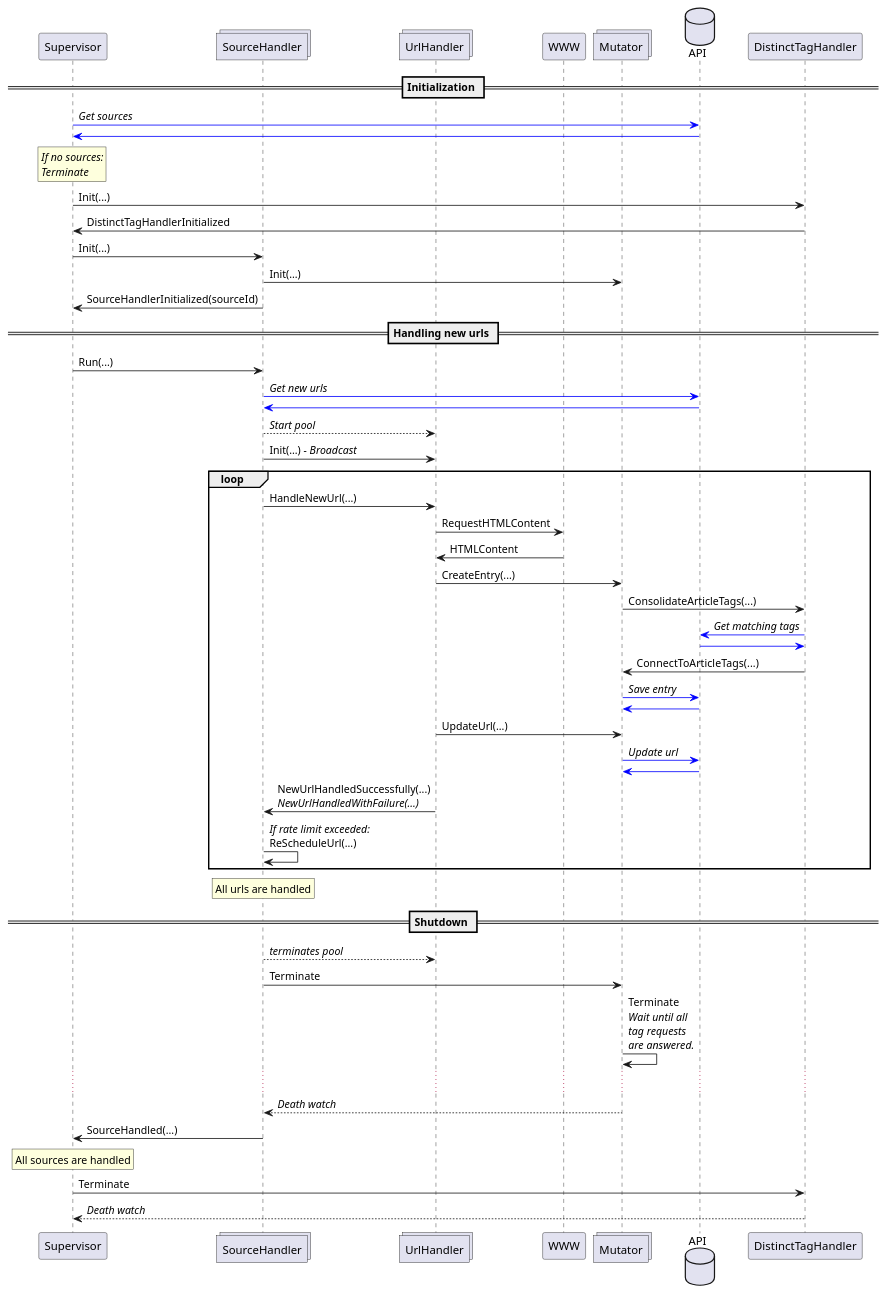
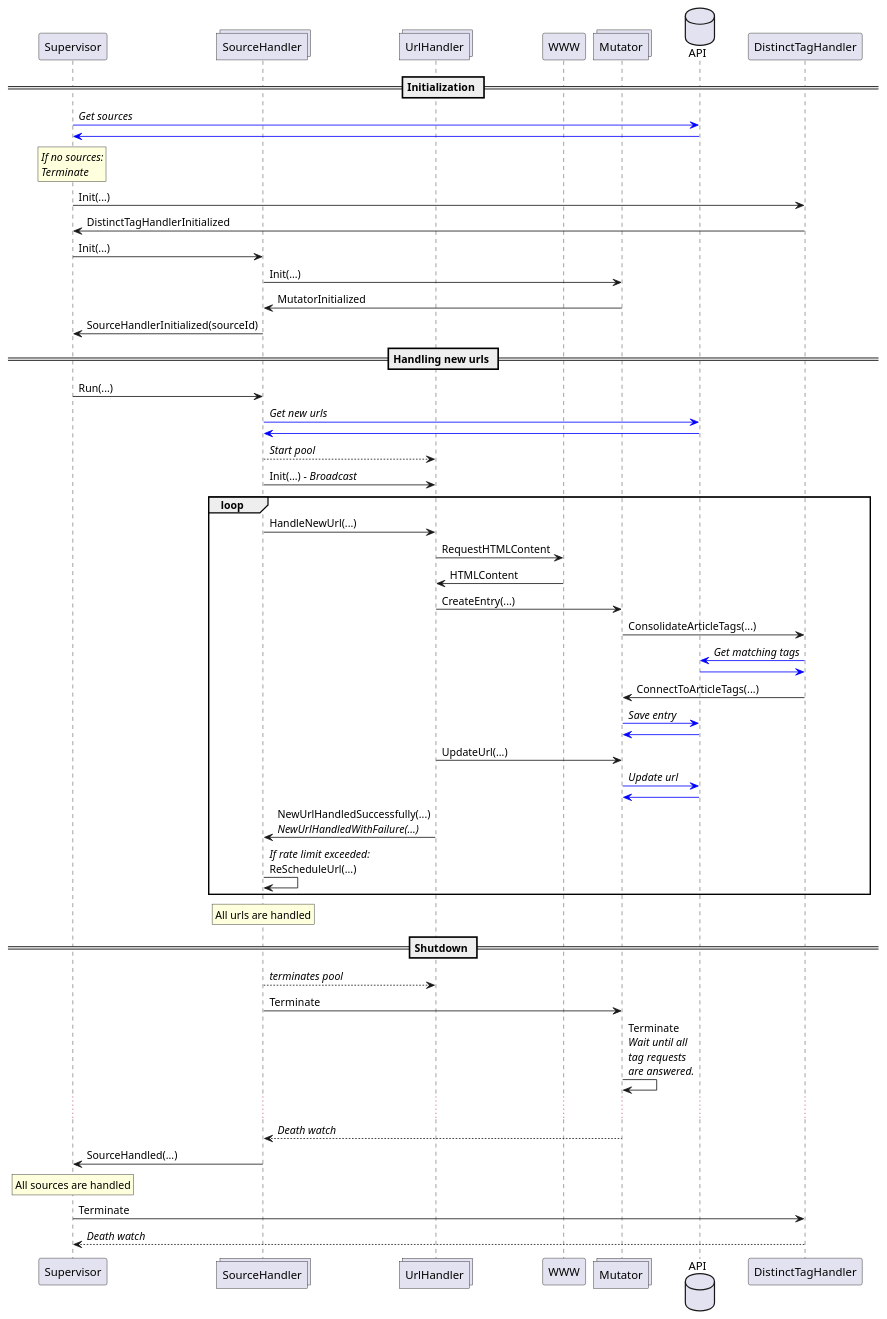
The diagram in doc/proto.puml (coverified/content_extractor), drawn with PlantUML before and after one commit. The commit also changed 5 other files, not shown here.

Commit message:
Harden init protocol for source handler

```diff
--- a/doc/proto.puml
+++ b/doc/proto.puml
@@ -1,72 +1,72 @@
 @startuml
 participant Supervisor
 collections SourceHandler
 collections UrlHandler
 participant WWW
 collections Mutator
 database API
 
 == Initialization ==
 Supervisor -[#blue]> API: //Get sources//
 API -[#blue]> Supervisor
 rnote over Supervisor: //If no sources://\n//Terminate//
 Supervisor -> DistinctTagHandler: Init(...)
 DistinctTagHandler -> Supervisor: DistinctTagHandlerInitialized
 
 Supervisor -> SourceHandler: Init(...)
 SourceHandler -> Mutator: Init(...)
-' TODO: Mutator reports back
+Mutator -> SourceHandler: MutatorInitialized
 SourceHandler -> Supervisor: SourceHandlerInitialized(sourceId)
 
 == Handling new urls ==
 Supervisor -> SourceHandler: Run(...)
 SourceHandler -[#blue]> API: //Get new urls//
 ' TODO: Report back, if there are no new urls to handle
 API -[#blue]> SourceHandler
 SourceHandler --> UrlHandler: //Start pool//
 SourceHandler -> UrlHandler: Init(...) //- Broadcast//
 ' TODO: Report back from url handlers
 
 loop
 SourceHandler -> UrlHandler: HandleNewUrl(...)
 UrlHandler -> WWW: RequestHTMLContent
 WWW -> UrlHandler: HTMLContent
 
 UrlHandler -> Mutator: CreateEntry(...)
 Mutator -> DistinctTagHandler: ConsolidateArticleTags(...)
 DistinctTagHandler -[#blue]> API: //Get matching tags//
 API -[#blue]> DistinctTagHandler
 DistinctTagHandler -> Mutator: ConnectToArticleTags(...)
 Mutator -[#blue]> API: //Save entry//
 API -[#blue]> Mutator
 ' TODO: Feed back about handled entry
 UrlHandler -> Mutator: UpdateUrl(...)
 Mutator -[#blue]> API: //Update url//
 API -[#blue]> Mutator
 ' TODO: Feed back about handled url
 UrlHandler -> SourceHandler: NewUrlHandledSuccessfully(...)\n//NewUrlHandledWithFailure(...)//
 
 SourceHandler -> SourceHandler: //If rate limit exceeded://\nReScheduleUrl(...)
 end loop
 
 rnote over SourceHandler
     All urls are handled
 endrnote
 
 == Shutdown ==
 
 SourceHandler --> UrlHandler: //terminates pool//
 SourceHandler -> Mutator: Terminate
 Mutator -> Mutator: Terminate\n//Wait until all//\n//tag requests//\n//are answered.//
 ...
 Mutator --> SourceHandler: //Death watch//
 
 SourceHandler -> Supervisor:SourceHandled(...)
 
 rnote over Supervisor
     All sources are handled
 endrnote
 Supervisor -> DistinctTagHandler: Terminate
 DistinctTagHandler --> Supervisor: //Death watch//
 
 @enduml
```
